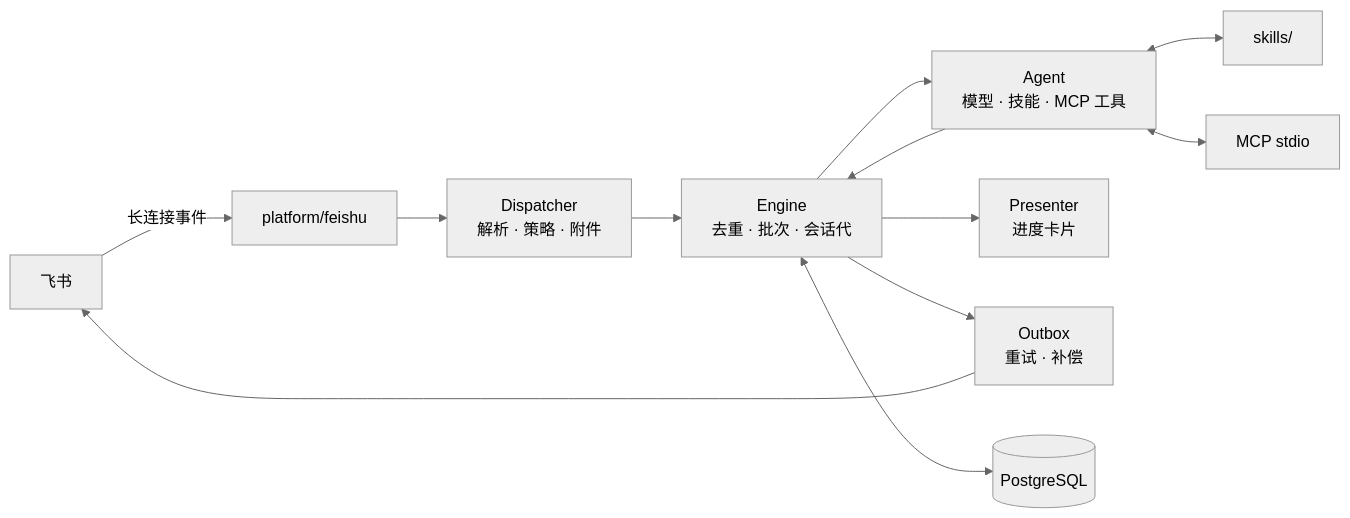
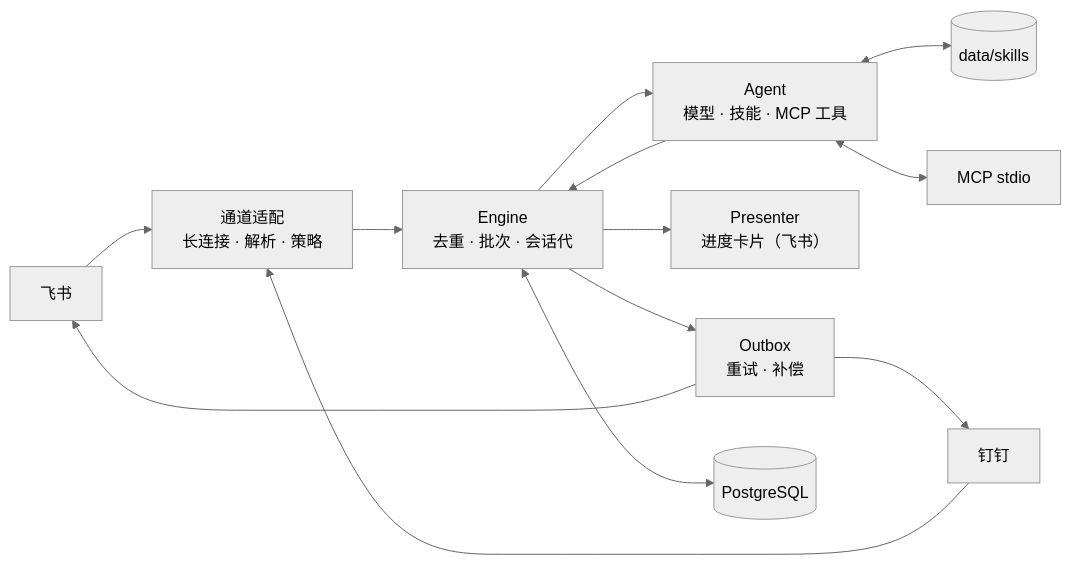
The diagram in README.md (dongdonglog/Agenthub), drawn with Mermaid (neutral theme) before and after one commit. The commit also changed other lines of this file, not shown here.

````diff
--- a/README.md
+++ b/README.md
@@ -48,14 +48,15 @@
 ```mermaid
 flowchart LR
-    FS[飞书] -->|长连接事件| CH[platform/feishu]
-    CH --> D[Dispatcher<br/>解析 · 策略 · 附件]
-    D --> E[Engine<br/>去重 · 批次 · 会话代]
+    FS[飞书] --> C[通道适配<br/>长连接 · 解析 · 策略]
+    DT[钉钉] --> C
+    C --> E[Engine<br/>去重 · 批次 · 会话代]
     E --> A[Agent<br/>模型 · 技能 · MCP 工具]
     A --> E
-    E --> P[Presenter<br/>进度卡片]
+    E --> P[Presenter<br/>进度卡片（飞书）]
     E --> O[Outbox<br/>重试 · 补偿]
     O --> FS
+    O --> DT
     E <--> DB[(PostgreSQL)]
-    A <--> SK[skills/]
+    A <--> SK[(data/skills)]
     A <--> MCP[MCP stdio]
 ```
````
